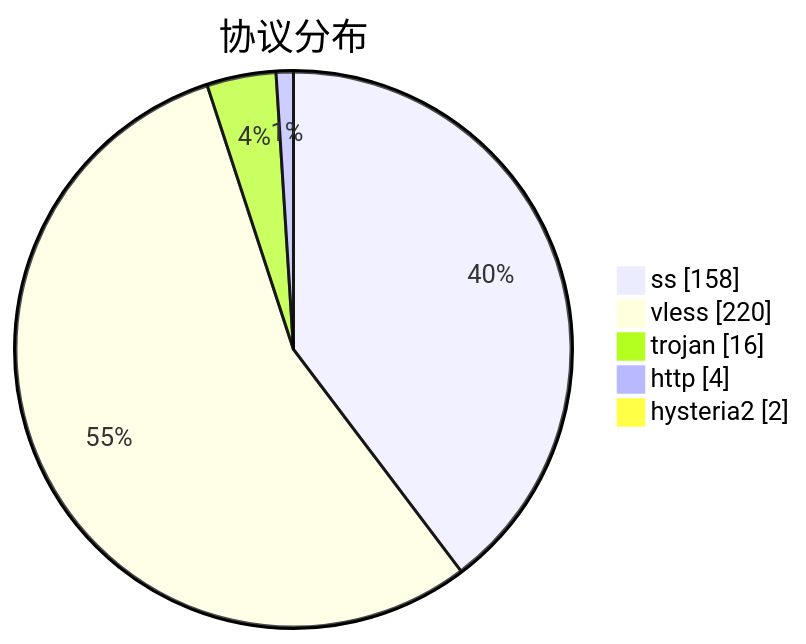
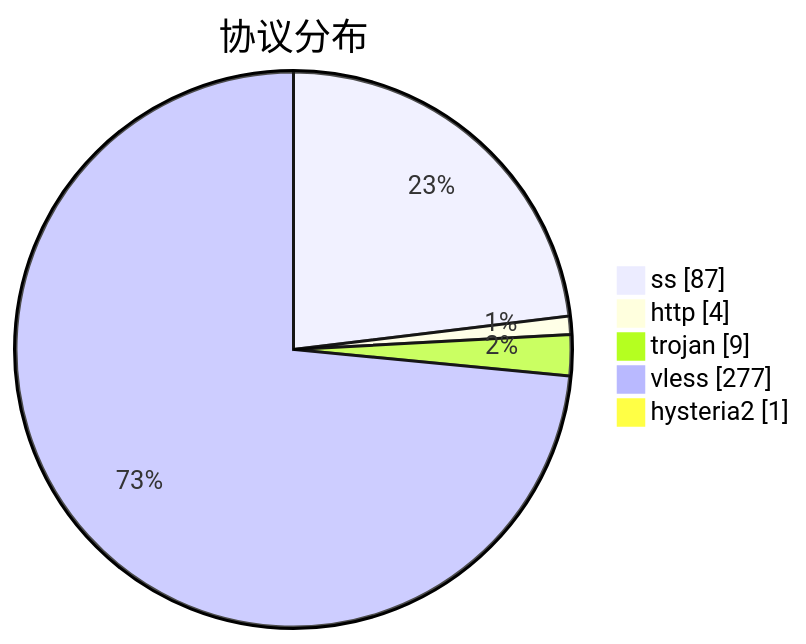
The third of 3 diagrams in subs/statistics/tested_within.md (qjlxg/airport), drawn with Mermaid before and after one commit. The commit also changed other lines of this file and 2 other files, not shown here.

````diff
--- a/subs/statistics/tested_within.md
+++ b/subs/statistics/tested_within.md
@@ -18,9 +19,9 @@
 ```mermaid
 pie showData
 title 协议分布
-"ss" : 158
-"vless" : 220
-"trojan" : 16
+"ss" : 87
 "http" : 4
-"hysteria2" : 2
+"trojan" : 9
+"vless" : 277
+"hysteria2" : 1
 ```
````
